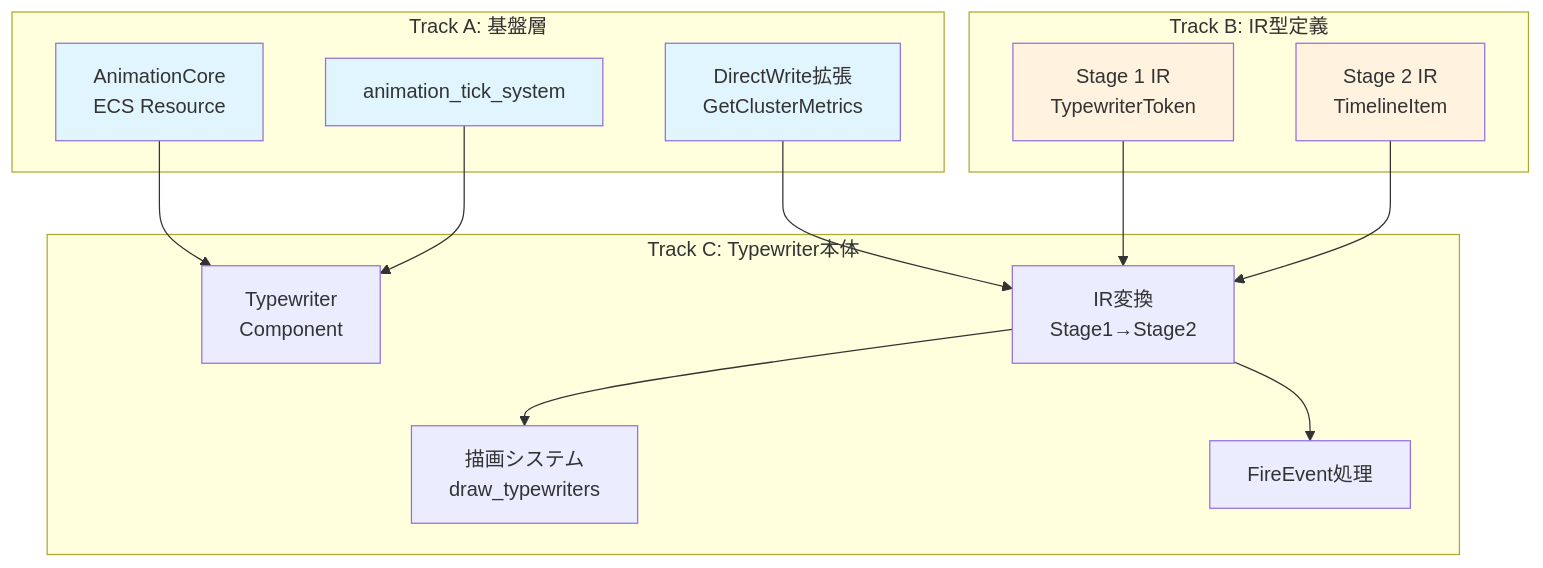
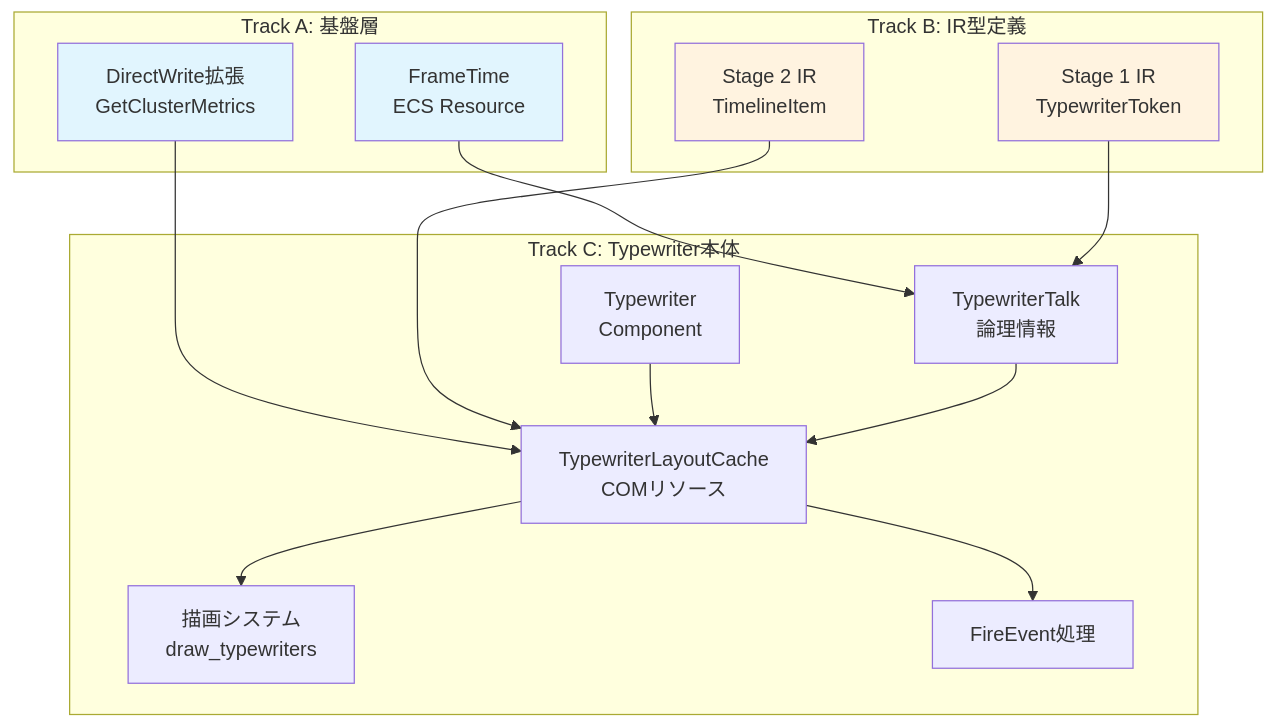
One commit to ekicyou/dcomp_sample-rs changed the first of 5 diagrams in .kiro/specs/wintf-P0-typewriter/design.md. Above: the diagram before and after it, drawn with Mermaid. The commit also changed other lines of this file and 2 other files, not shown here.

First line of the commit message:
docs(specs): update typewriter spec to final implementation

````diff
--- a/.kiro/specs/wintf-P0-typewriter/design.md
+++ b/.kiro/specs/wintf-P0-typewriter/design.md
@@ -51,34 +65,34 @@
 ```mermaid
 graph TB
     subgraph "Track A: 基盤層"
-        A1[AnimationCore<br/>ECS Resource]
+        A1[FrameTime<br/>ECS Resource]
         A2[DirectWrite拡張<br/>GetClusterMetrics]
-        A3[animation_tick_system]
     end
 
     subgraph "Track B: IR型定義"
         B1[Stage 1 IR<br/>TypewriterToken]
         B2[Stage 2 IR<br/>TimelineItem]
     end
 
     subgraph "Track C: Typewriter本体"
         C1[Typewriter<br/>Component]
-        C2[IR変換<br/>Stage1→Stage2]
-        C3[描画システム<br/>draw_typewriters]
-        C4[FireEvent処理]
+        C2[TypewriterTalk<br/>論理情報]
+        C3[TypewriterLayoutCache<br/>COMリソース]
+        C4[描画システム<br/>draw_typewriters]
+        C5[FireEvent処理]
     end
 
-    A1 --> C1
-    A2 --> C2
-    A3 --> C1
+    A1 --> C2
+    A2 --> C3
     B1 --> C2
-    B2 --> C2
+    B2 --> C3
+    C1 --> C3
     C2 --> C3
-    C2 --> C4
+    C3 --> C4
+    C3 --> C5
 
     style A1 fill:#e1f5fe
     style A2 fill:#e1f5fe
-    style A3 fill:#e1f5fe
     style B1 fill:#fff3e0
     style B2 fill:#fff3e0
 ```
````
